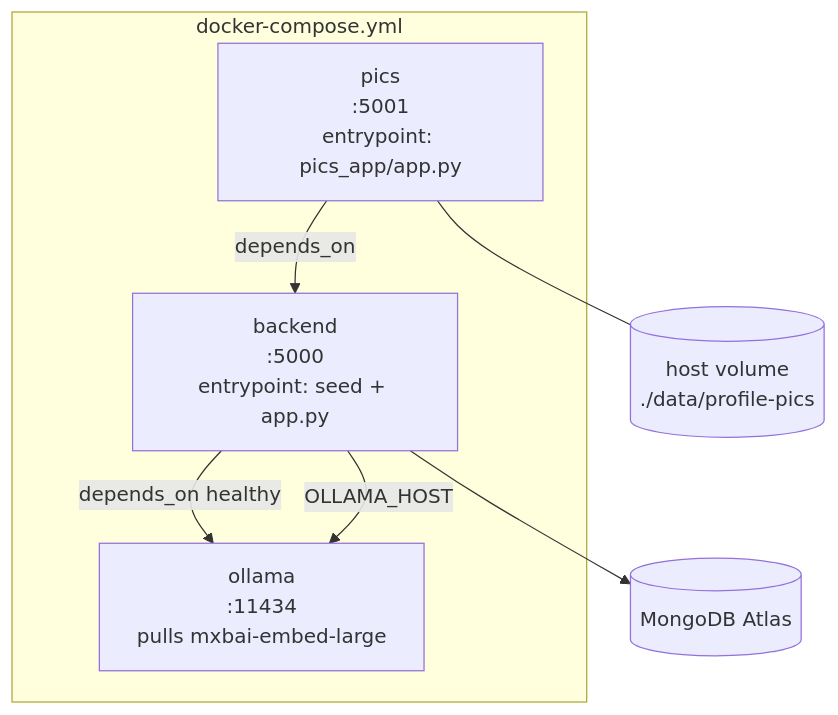
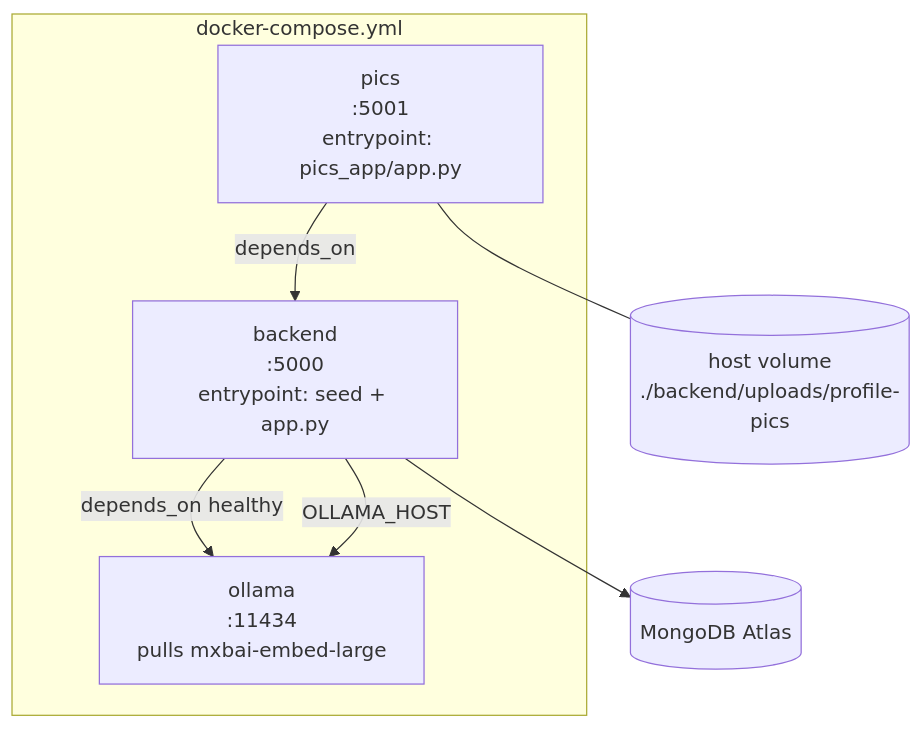
Before and after one commit to IT-8-TUES/8V-25-26-Nino-chan: the sixth of 6 diagrams in architecture.md, drawn with Mermaid. The commit also changed other lines of this file and 1 other file, not shown here.

````diff
--- a/architecture.md
+++ b/architecture.md
@@ -192,16 +193,16 @@
 ```mermaid
 graph TB
     subgraph Compose["docker-compose.yml"]
         OL["ollama<br/>:11434<br/>pulls mxbai-embed-large"]
         BE["backend<br/>:5000<br/>entrypoint: seed + app.py"]
         PI["pics<br/>:5001<br/>entrypoint: pics_app/app.py"]
     end
-    HOSTV[("host volume<br/>./data/profile-pics")]
+    HOSTV[("host volume<br/>./backend/uploads/profile-pics")]
     MONGO[("MongoDB Atlas")]
 
     BE -->|depends_on healthy| OL
     PI -->|depends_on| BE
     BE --> MONGO
     BE -->|OLLAMA_HOST| OL
     PI --- HOSTV
 ```
````
